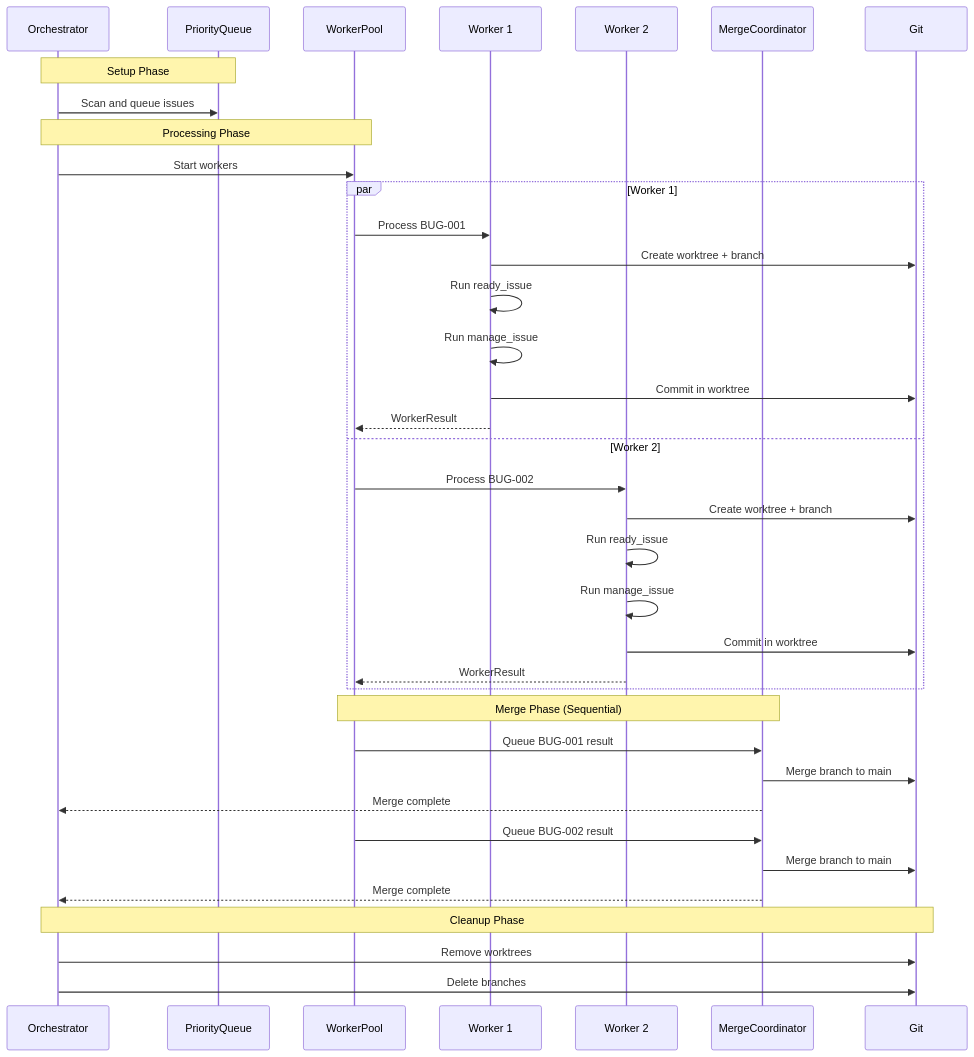
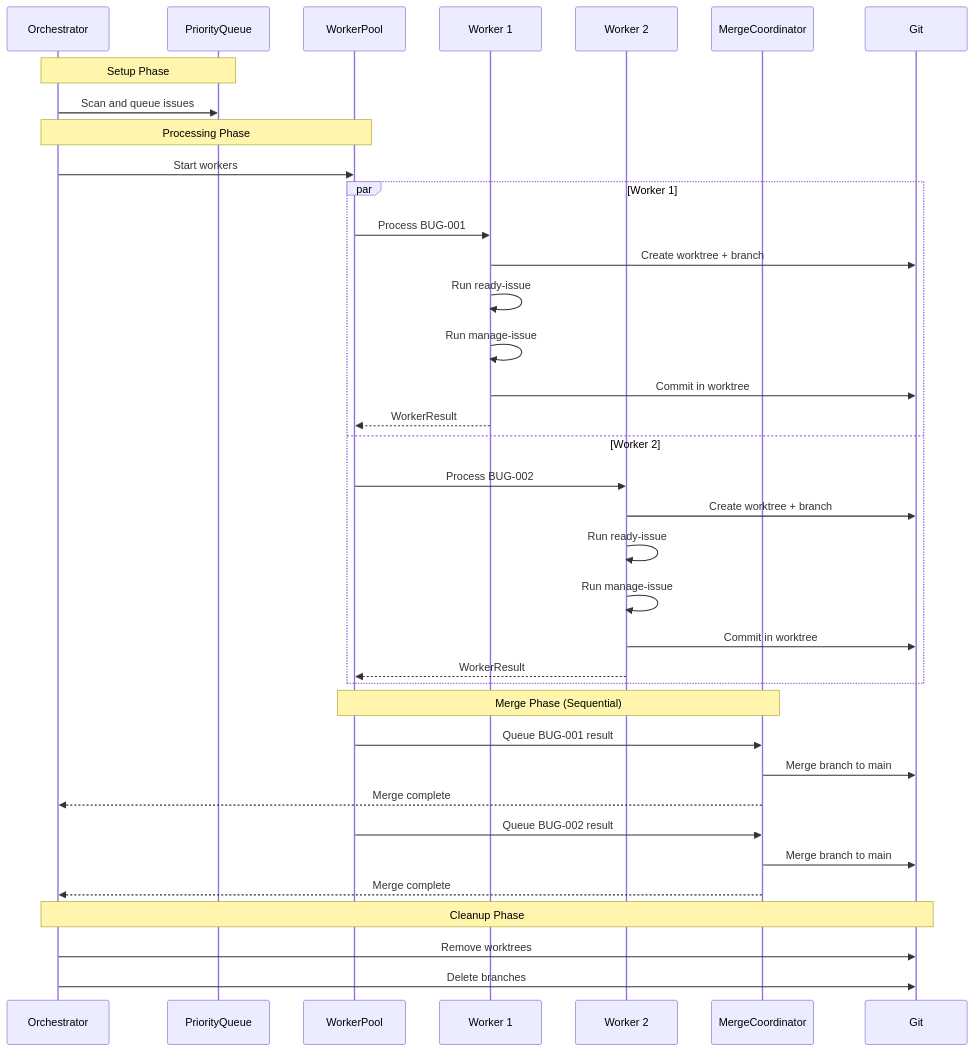
One commit to BrennonTWilliams/little-loops changed the fourth of 13 diagrams in docs/ARCHITECTURE.md. Above: the diagram before and after it, drawn with Mermaid. The commit also changed other lines of this file and 70 other files, not shown here.

````diff
--- a/docs/ARCHITECTURE.md
+++ b/docs/ARCHITECTURE.md
@@ -312,45 +312,45 @@
 ```mermaid
 sequenceDiagram
     participant Orch as Orchestrator
     participant Queue as PriorityQueue
     participant Pool as WorkerPool
     participant W1 as Worker 1
     participant W2 as Worker 2
     participant Merge as MergeCoordinator
     participant Git
 
     Note over Orch,Queue: Setup Phase
     Orch->>Queue: Scan and queue issues
 
     Note over Orch,Pool: Processing Phase
     Orch->>Pool: Start workers
 
     par Worker 1
         Pool->>W1: Process BUG-001
         W1->>Git: Create worktree + branch
-        W1->>W1: Run ready_issue
-        W1->>W1: Run manage_issue
+        W1->>W1: Run ready-issue
+        W1->>W1: Run manage-issue
         W1->>Git: Commit in worktree
         W1-->>Pool: WorkerResult
     and Worker 2
         Pool->>W2: Process BUG-002
         W2->>Git: Create worktree + branch
-        W2->>W2: Run ready_issue
-        W2->>W2: Run manage_issue
+        W2->>W2: Run ready-issue
+        W2->>W2: Run manage-issue
         W2->>Git: Commit in worktree
         W2-->>Pool: WorkerResult
     end
 
     Note over Pool,Merge: Merge Phase (Sequential)
     Pool->>Merge: Queue BUG-001 result
     Merge->>Git: Merge branch to main
     Merge-->>Orch: Merge complete
 
     Pool->>Merge: Queue BUG-002 result
     Merge->>Git: Merge branch to main
     Merge-->>Orch: Merge complete
 
     Note over Orch,Git: Cleanup Phase
     Orch->>Git: Remove worktrees
     Orch->>Git: Delete branches
 ```
````
